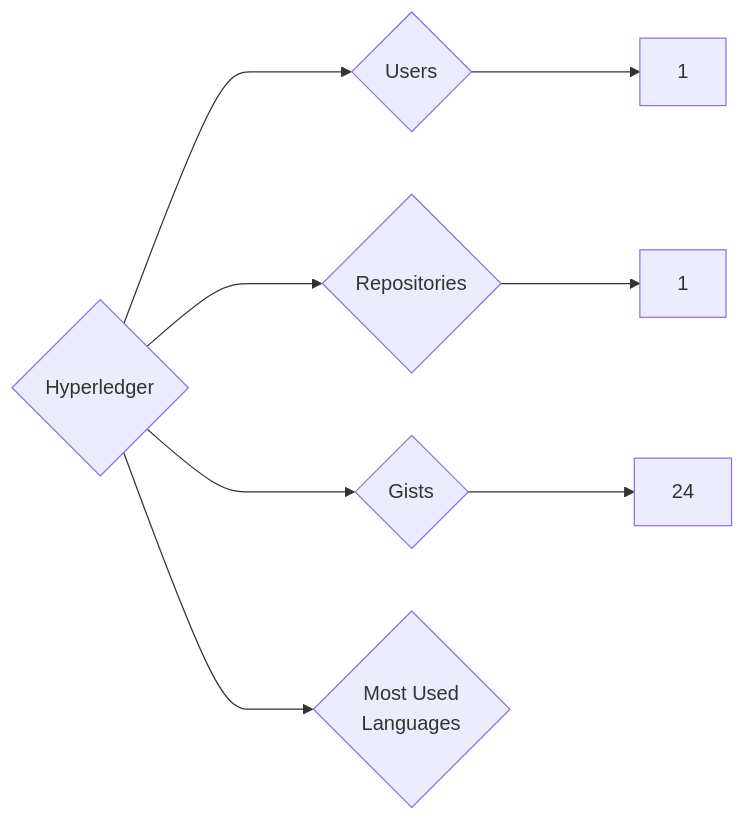
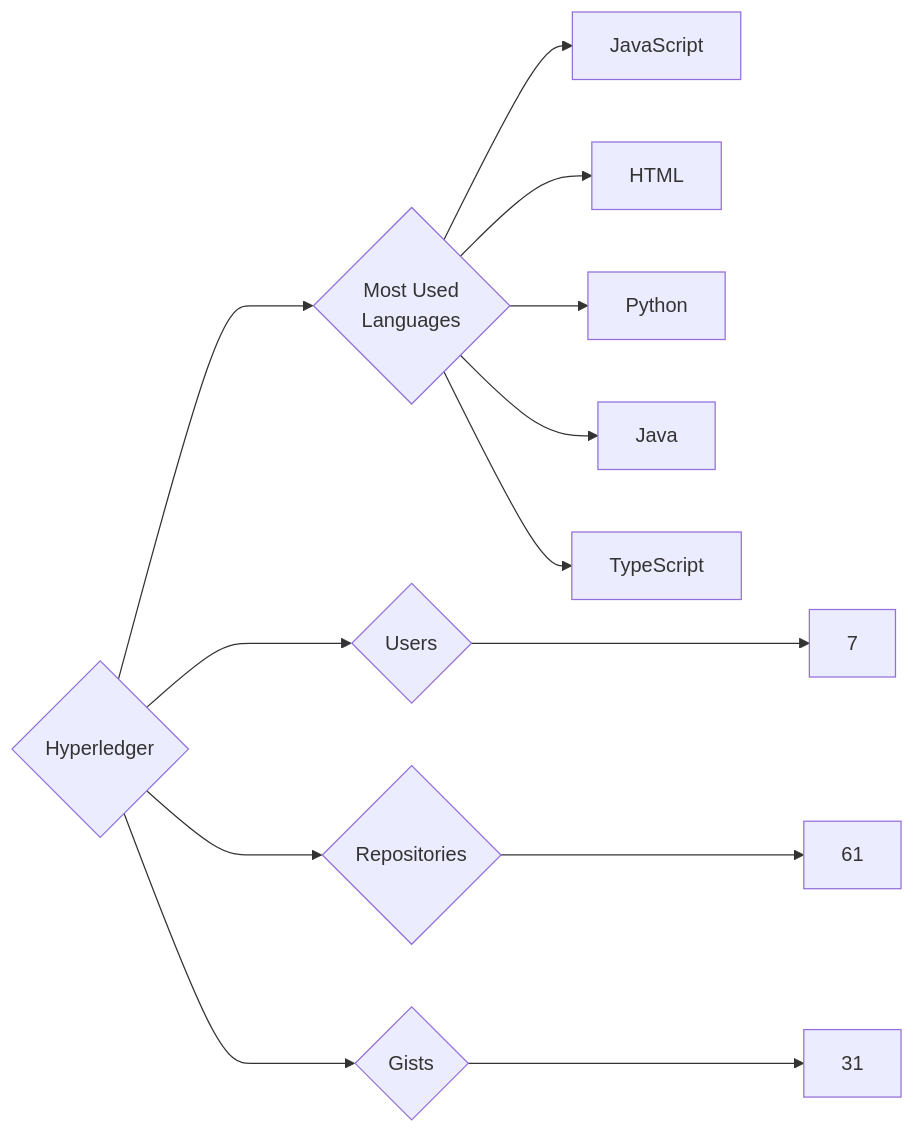
One commit to trickest/insiders changed the diagram in targets/Hyperledger/README.md. Above: the diagram before and after it, drawn with Mermaid. The commit also changed 873 other files, not shown here.

````diff
--- a/targets/Hyperledger/README.md
+++ b/targets/Hyperledger/README.md
@@ -3,8 +3,13 @@
 ```mermaid
 graph LR
 COMPANY_NAME{Hyperledger}
-COMPANY_NAME ---> U{Users} ---> UN[1]
-COMPANY_NAME ---> R{Repositories} ---> RN[1]
-COMPANY_NAME ---> G{Gists} ---> GN[24]
+COMPANY_NAME ---> U{Users} ---> UN[7]
+COMPANY_NAME ---> R{Repositories} ---> RN[61]
+COMPANY_NAME ---> G{Gists} ---> GN[31]
 COMPANY_NAME ---> ML{Most Used<br>Languages}
+ML --> JavaScript[JavaScript]
+ML --> HTML[HTML]
+ML --> Python[Python]
+ML --> Java[Java]
+ML --> TypeScript[TypeScript]
 ```
````
